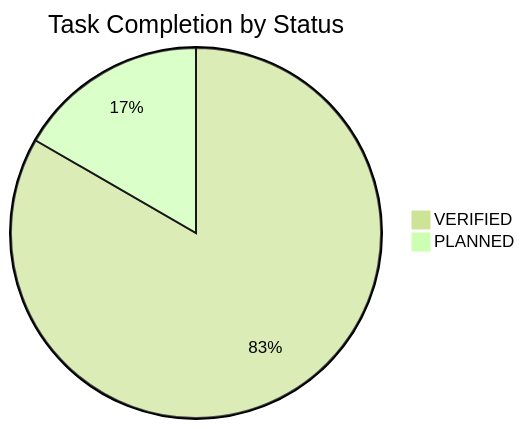
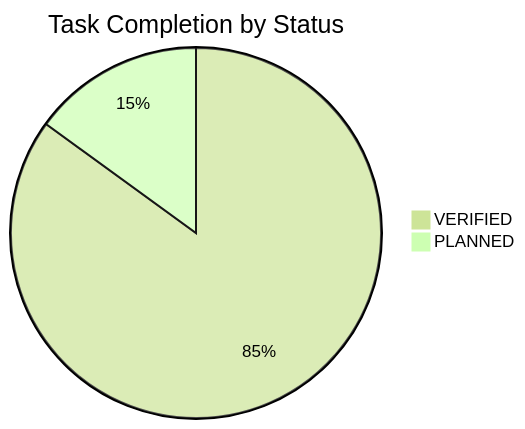
Before and after one commit to NguyenTriBaoThang/ClearWayAI: the diagram in docs/TASK_BOARD.md, drawn with Mermaid (forest theme). The commit also changed other lines of this file and 9 other files, not shown here.

````diff
--- a/docs/TASK_BOARD.md
+++ b/docs/TASK_BOARD.md
@@ -16,5 +16,5 @@
 ```mermaid
 pie title Task Completion by Status
-    "VERIFIED" : 50
-    "PLANNED" : 10
+    "VERIFIED" : 51
+    "PLANNED" : 9
 ```
````
